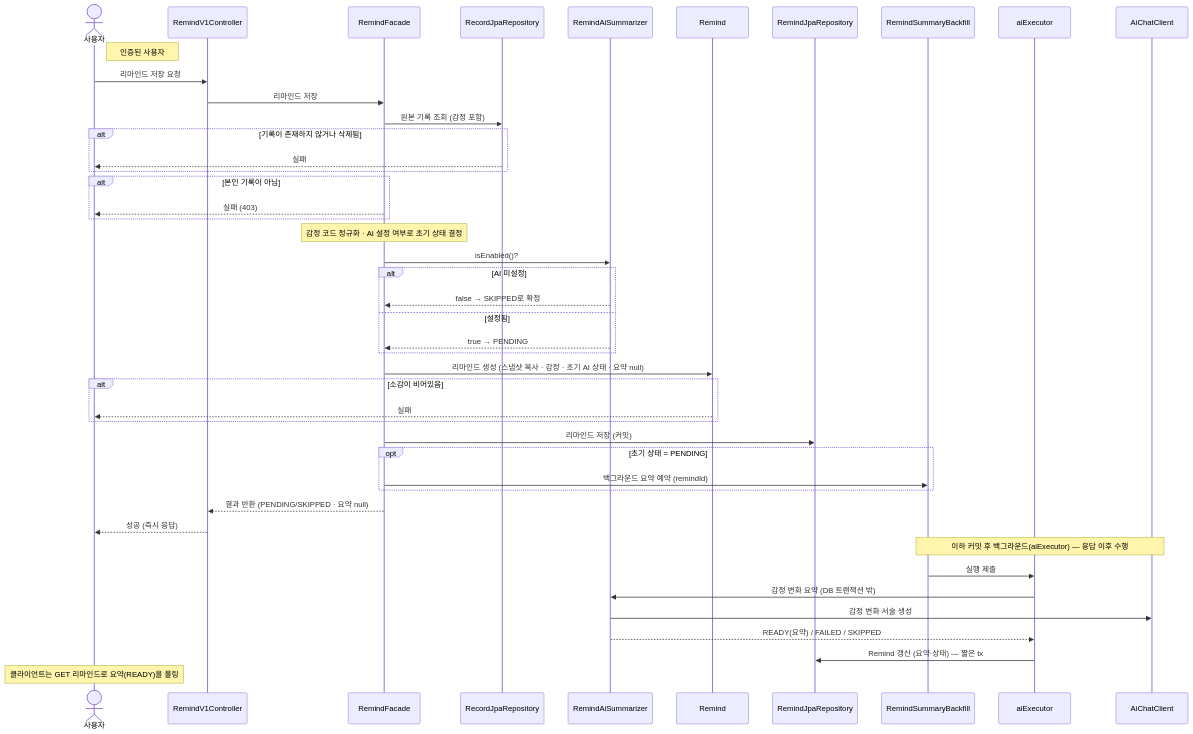
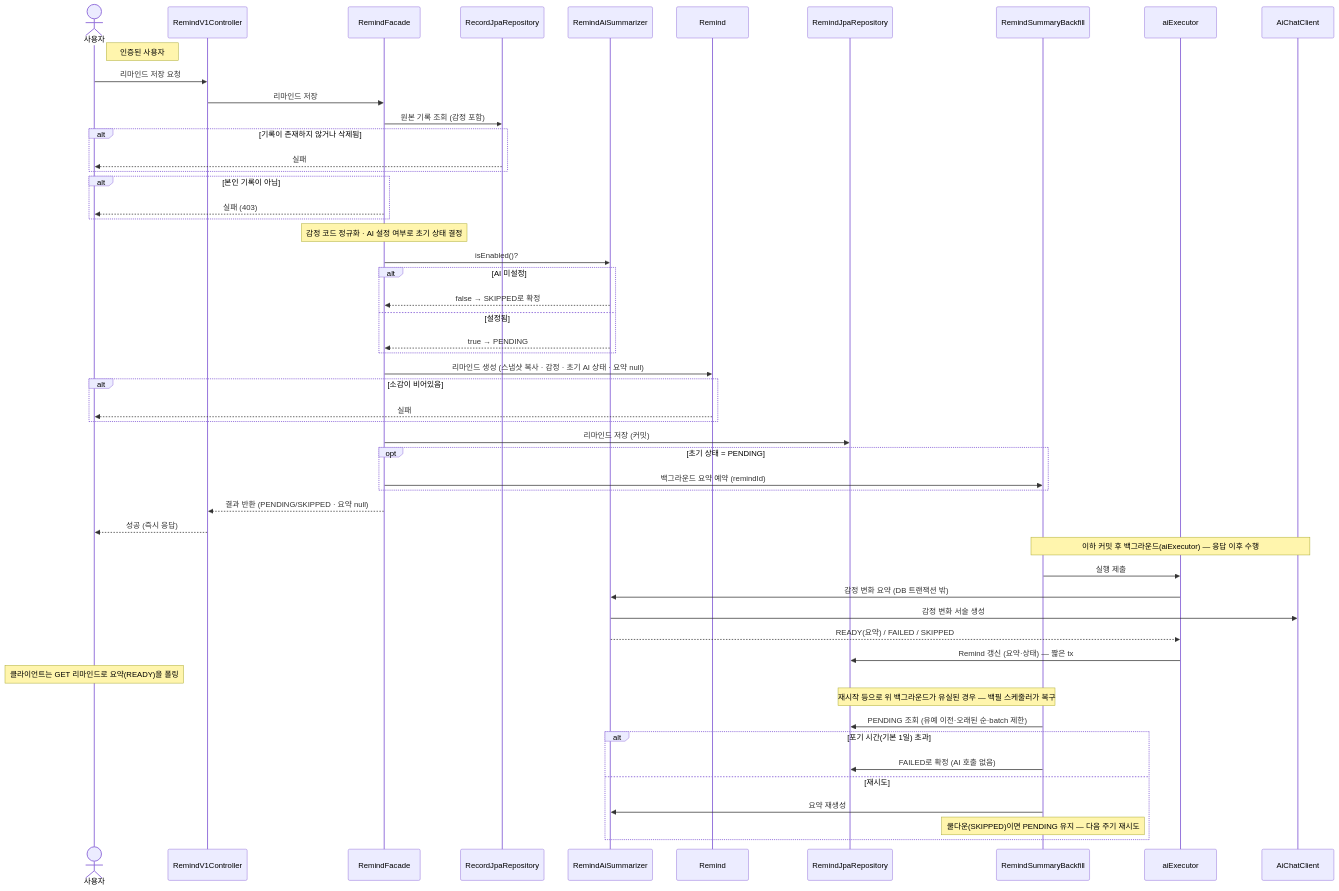
The diagram in docs/sequence-diagram/remind/02-리마인드-저장.md (team-modi/yeowun-backend), drawn with Mermaid before and after one commit. The commit also changed other lines of this file and 6 other files, not shown here.

First line of the commit message:
feat(remind): 감정 변화 요약 백필 스케줄러 — 유실된 PENDING 복구

````diff
--- a/docs/sequence-diagram/remind/02-리마인드-저장.md
+++ b/docs/sequence-diagram/remind/02-리마인드-저장.md
@@ -11,53 +12,62 @@
 ```mermaid
 sequenceDiagram
     actor 사용자
     participant RemindV1Controller
     participant RemindFacade
     participant RecordJpaRepository
     participant RemindAiSummarizer
     participant Remind
     participant RemindJpaRepository
     participant RemindSummaryBackfill
     participant aiExecutor
     participant AiChatClient
 
     Note right of 사용자: 인증된 사용자
 
     사용자->>RemindV1Controller: 리마인드 저장 요청
     RemindV1Controller->>RemindFacade: 리마인드 저장
 
     RemindFacade->>RecordJpaRepository: 원본 기록 조회 (감정 포함)
     alt 기록이 존재하지 않거나 삭제됨
         RecordJpaRepository-->>사용자: 실패
     end
     alt 본인 기록이 아님
         RemindFacade-->>사용자: 실패 (403)
     end
 
     Note over RemindFacade: 감정 코드 정규화 · AI 설정 여부로 초기 상태 결정
     RemindFacade->>RemindAiSummarizer: isEnabled()?
     alt AI 미설정
         RemindAiSummarizer-->>RemindFacade: false → SKIPPED로 확정
     else 설정됨
         RemindAiSummarizer-->>RemindFacade: true → PENDING
     end
 
     RemindFacade->>Remind: 리마인드 생성 (스냅샷 복사 · 감정 · 초기 AI 상태 · 요약 null)
     alt 소감이 비어있음
         Remind-->>사용자: 실패
     end
     RemindFacade->>RemindJpaRepository: 리마인드 저장 (커밋)
     opt 초기 상태 = PENDING
         RemindFacade->>RemindSummaryBackfill: 백그라운드 요약 예약 (remindId)
     end
     RemindFacade-->>RemindV1Controller: 결과 반환 (PENDING/SKIPPED · 요약 null)
     RemindV1Controller-->>사용자: 성공 (즉시 응답)
 
     Note over RemindSummaryBackfill,AiChatClient: 이하 커밋 후 백그라운드(aiExecutor) — 응답 이후 수행
     RemindSummaryBackfill->>aiExecutor: 실행 제출
     aiExecutor->>RemindAiSummarizer: 감정 변화 요약 (DB 트랜잭션 밖)
     RemindAiSummarizer->>AiChatClient: 감정 변화 서술 생성
     RemindAiSummarizer-->>aiExecutor: READY(요약) / FAILED / SKIPPED
     aiExecutor->>RemindJpaRepository: Remind 갱신 (요약·상태) — 짧은 tx
     Note over 사용자: 클라이언트는 GET 리마인드로 요약(READY)을 폴링
+
+    Note over RemindSummaryBackfill,RemindJpaRepository: 재시작 등으로 위 백그라운드가 유실된 경우 — 백필 스케줄러가 복구
+    RemindSummaryBackfill->>RemindJpaRepository: PENDING 조회 (유예 이전·오래된 순·batch 제한)
+    alt 포기 시간(기본 1일) 초과
+        RemindSummaryBackfill->>RemindJpaRepository: FAILED로 확정 (AI 호출 없음)
+    else 재시도
+        RemindSummaryBackfill->>RemindAiSummarizer: 요약 재생성
+        Note over RemindSummaryBackfill: 쿨다운(SKIPPED)이면 PENDING 유지 — 다음 주기 재시도
+    end
 ```
````
